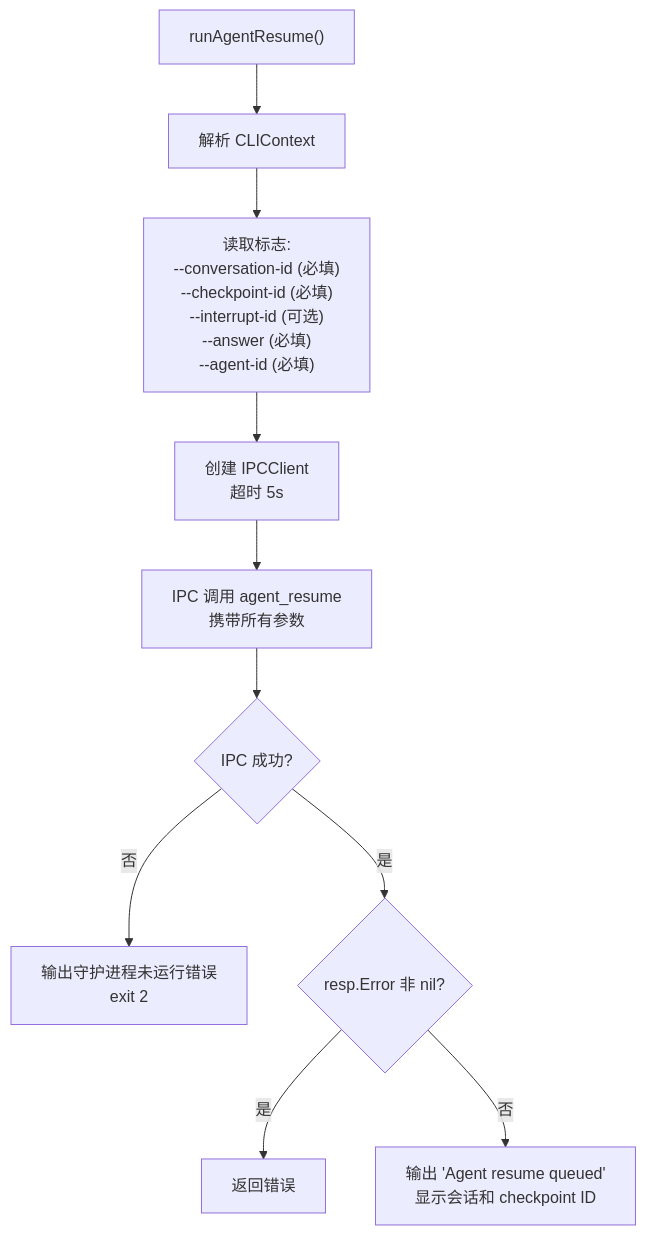
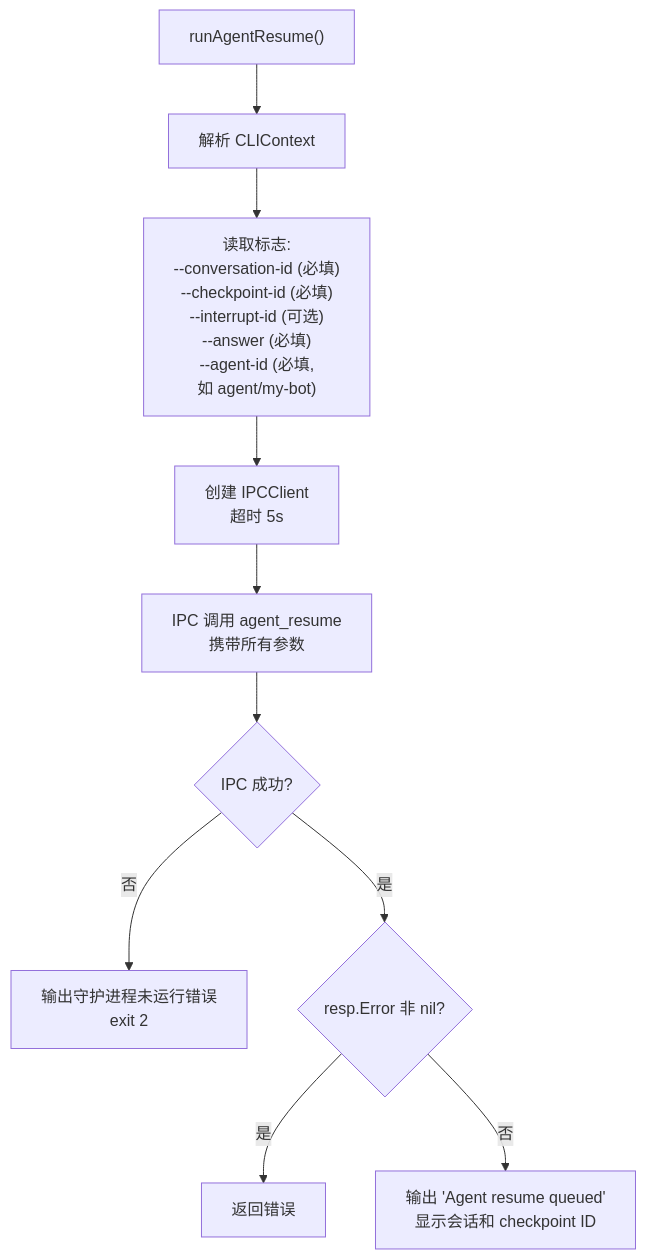
Diagram 12 of 16 in wiki/flows/cli-ipc.md (PineappleBond/xyncra-server), drawn with Mermaid before and after one commit. The commit also changed other lines of this file and 21 other files, not shown here.

````diff
--- a/wiki/flows/cli-ipc.md
+++ b/wiki/flows/cli-ipc.md
@@ -604,12 +607,12 @@
 ```mermaid
 flowchart TD
     A["runAgentResume()"] --> B["解析 CLIContext"]
-    B --> C["读取标志:<br>--conversation-id (必填)<br>--checkpoint-id (必填)<br>--interrupt-id (可选)<br>--answer (必填)<br>--agent-id (必填)"]
+    B --> C["读取标志:<br>--conversation-id (必填)<br>--checkpoint-id (必填)<br>--interrupt-id (可选)<br>--answer (必填)<br>--agent-id (必填,<br>如 agent/my-bot)"]
     C --> D["创建 IPCClient<br>超时 5s"]
     D --> E["IPC 调用 agent_resume<br>携带所有参数"]
     E --> F{"IPC 成功?"}
     F -->|否| G["输出守护进程未运行错误<br>exit 2"]
     F -->|是| H{"resp.Error 非 nil?"}
     H -->|是| I["返回错误"]
     H -->|否| J["输出 'Agent resume queued'<br>显示会话和 checkpoint ID"]
 ```
````
